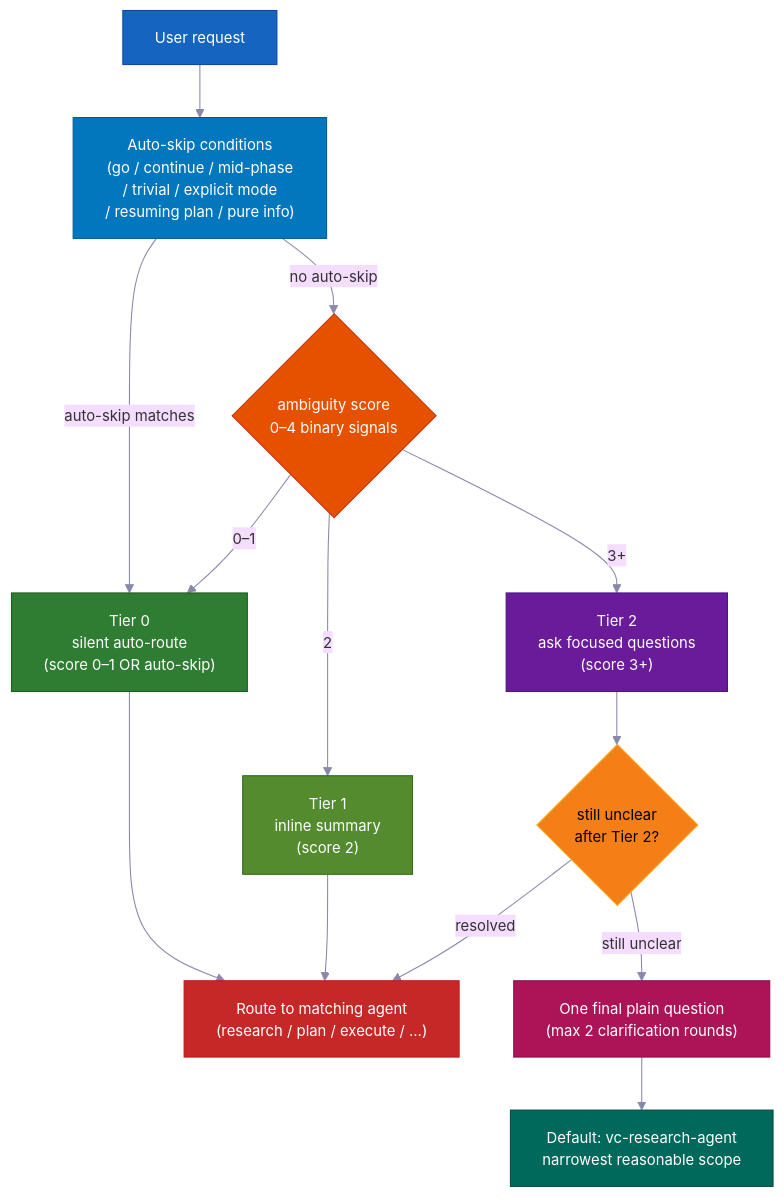
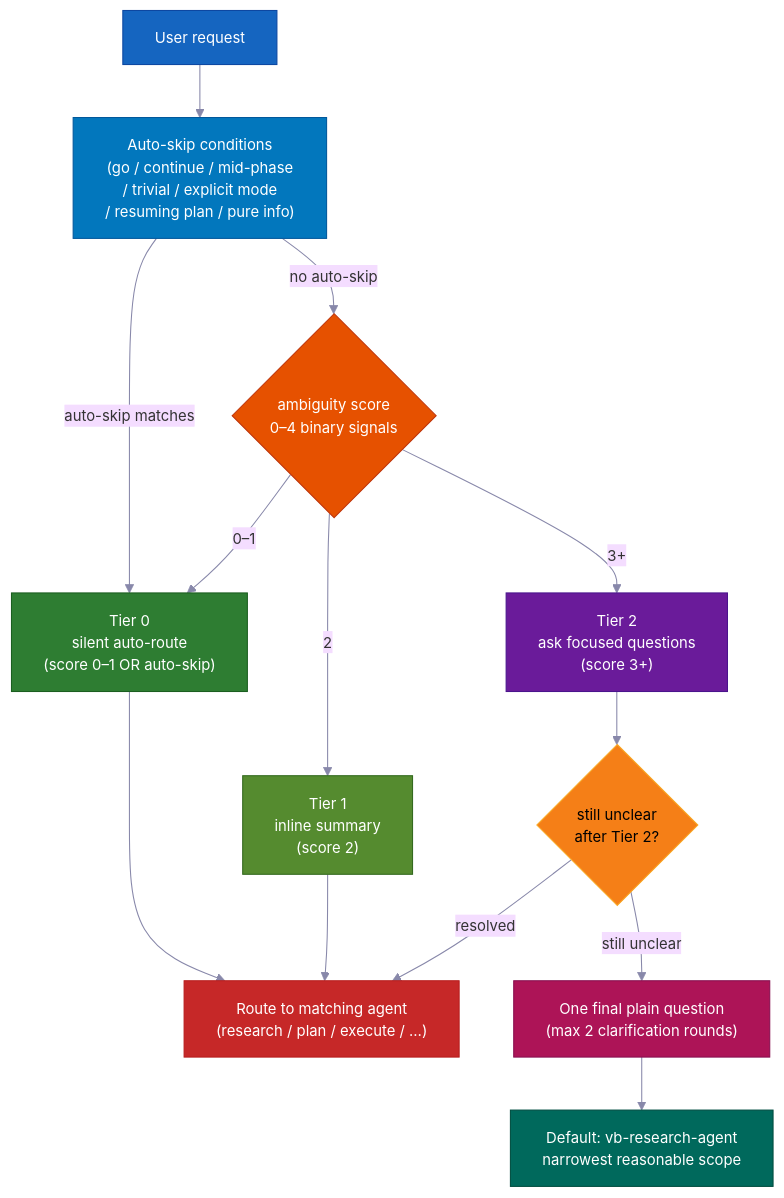
Before and after one commit to Tomwakeupat530amm/vibebelt-kit: the fourth of 14 diagrams in README.md, drawn with Mermaid. The commit also changed other lines of this file and 646 other files, not shown here.

````diff
--- a/README.md
+++ b/README.md
@@ -671,37 +671,37 @@
 ```mermaid
 %%{init: {'theme': 'base', 'themeVariables': {'fontSize': '14px', 'lineColor': '#8888AA'}} }%%
 flowchart TD
     REQ["User request"]
     SCORE{"ambiguity score\n0–4 binary signals"}
     AUTO["Auto-skip conditions\n(go / continue / mid-phase\n/ trivial / explicit mode\n/ resuming plan / pure info)"]
     T0["Tier 0\nsilent auto-route\n(score 0–1 OR auto-skip)"]
     T1["Tier 1\ninline summary\n(score 2)"]
     T2["Tier 2\nask focused questions\n(score 3+)"]
     ROUTE["Route to matching agent\n(research / plan / execute / …)"]
     STILL{"still unclear\nafter Tier 2?"}
     FINAL["One final plain question\n(max 2 clarification rounds)"]
-    NARROW["Default: vc-research-agent\nnarrowest reasonable scope"]
+    NARROW["Default: vb-research-agent\nnarrowest reasonable scope"]
 
     REQ --> AUTO
     AUTO -->|"auto-skip matches"| T0
     AUTO -->|"no auto-skip"| SCORE
     SCORE -->|"0–1"| T0
     SCORE -->|"2"| T1
     SCORE -->|"3+"| T2
     T0 --> ROUTE
     T1 --> ROUTE
     T2 --> STILL
     STILL -->|"resolved"| ROUTE
     STILL -->|"still unclear"| FINAL --> NARROW
 
     style REQ fill:#1565C0,stroke:#0D47A1,color:#FFFFFF
     style AUTO fill:#0277BD,stroke:#01579B,color:#FFFFFF
     style SCORE fill:#E65100,stroke:#BF360C,color:#FFFFFF
     style T0 fill:#2E7D32,stroke:#1B5E20,color:#FFFFFF
     style T1 fill:#558B2F,stroke:#33691E,color:#FFFFFF
     style T2 fill:#6A1B9A,stroke:#4A148C,color:#FFFFFF
     style ROUTE fill:#C62828,stroke:#B71C1C,color:#FFFFFF
     style STILL fill:#F57F17,stroke:#F9A825,color:#000000
     style FINAL fill:#AD1457,stroke:#880E4F,color:#FFFFFF
     style NARROW fill:#00695C,stroke:#004D40,color:#FFFFFF
 ```
````
